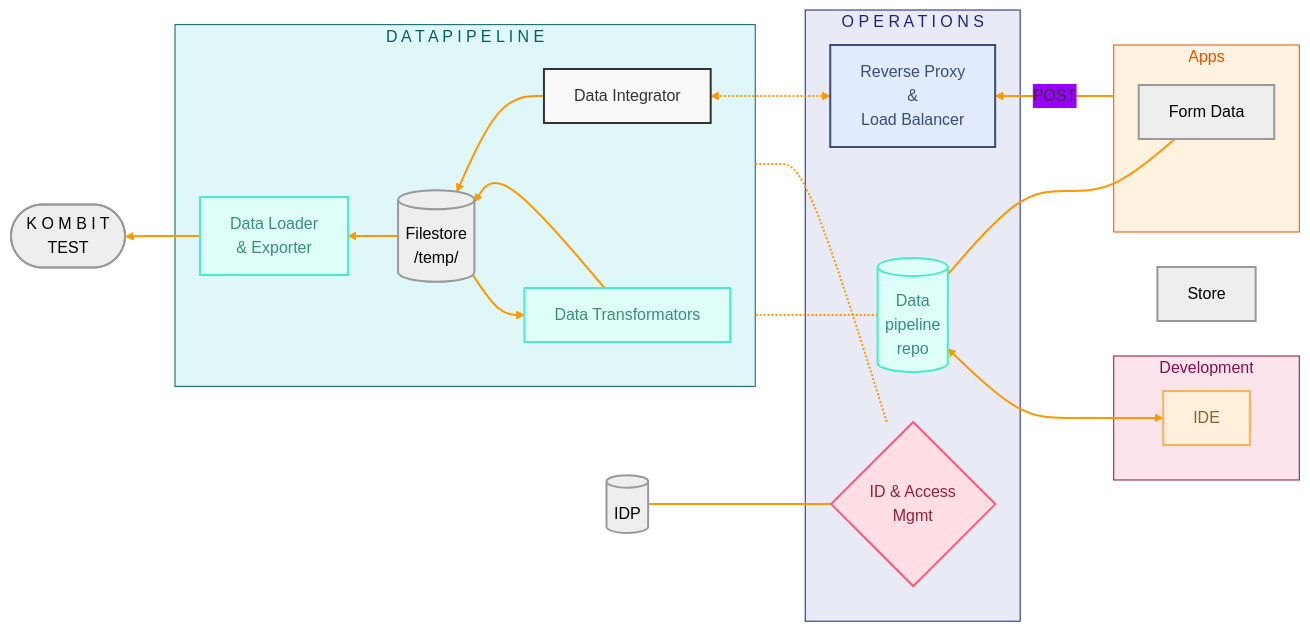
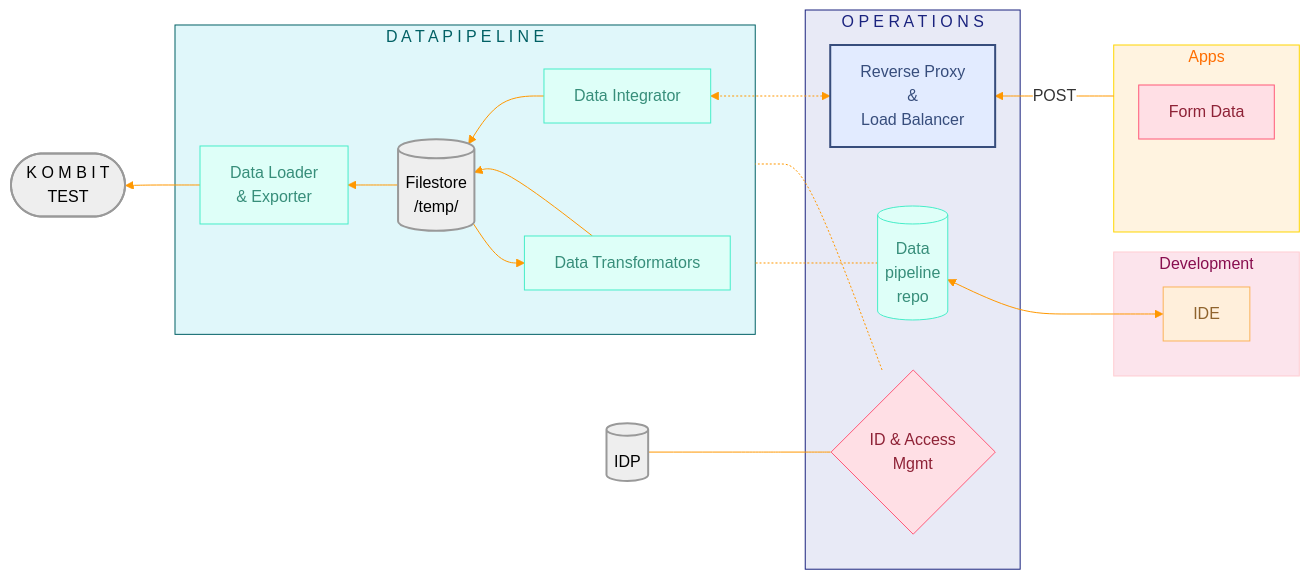
Before and after one commit to OS2sandbox/connector: the first of 2 diagrams in docs/PoC_architecture.md, drawn with Mermaid.

Commit message:
fix(mermaid): Resolve theme rendering and color contrast issues

````diff
--- a/docs/PoC_architecture.md
+++ b/docs/PoC_architecture.md
@@ -11,55 +11,62 @@
 ```mermaid
-%%{init: {'theme': 'base', 'themeVariables': { 'primaryColor': '#FF9800', 'lineColor': '#FF9800' }}}%%
+---
+config:
+  theme: base
+  themeVariables:
+    primaryColor: '#FFFFFF'
+    lineColor: '#FF9800'
+---
 flowchart RL
-    linkStyle default stroke:#FF9800,stroke-width:2px,fill:none;
-
-    subgraph Datapipeline["D A T A  P I P E L I N E"]
+ subgraph Datapipeline["D A T A  P I P E L I N E"]
         n12["Data Transformators"]
         n10["Data Integrator"]
         DL["Data Loader <br>&amp; Exporter"]
         ST[("Filestore<br>/temp/")]
-    end
-    subgraph Services["O P E R A T I O N S"]
+  end
+ subgraph Services["O P E R A T I O N S"]
         n15["Reverse Proxy <br>&amp;<br> Load Balancer"]
         opsconf[("Data<br>pipeline<br>repo")]
         id{"ID &amp; Access<br>Mgmt"}
-    end
-    subgraph Apps["Apps"]
+  end
+ subgraph Apps["Apps"]
         s3["Form Data"]
-    end
-    subgraph Development["Development"]
+  end
+ subgraph Development["Development"]
         ide["IDE"]
-    end
+  end
     s3 ~~~ opsconf
     n15 <-.-> n10
     n10 --> ST
     ST --> n12 & DL
     n12 --> ST
     ide <--> opsconf
     id -.- Datapipeline
     opsconf -.- Datapipeline
     id --- IDP[("IDP")]
     DL --> n16(["K O M B I T <br> TEST"])
     Apps -- POST --> n15
-    Store["Store"]
+     n12:::Aqua
+     n10:::Sky,Aqua
+     n10:::Aqua
+     DL:::Aqua
+     ST:::Ash
+     n15:::Sky
+     opsconf:::Aqua
+     id:::Rose
+     s3:::Ash
+     s3:::Rose
+     ide:::Peach
+     IDP:::Ash
+     n16:::Ash
+    classDef default fill:#f9f9f9,stroke:#333,stroke-width:2px
+    classDef Sky fill:#E2EBFF,stroke:#374D7C,color:#374D7C,stroke-width:2px
+    classDef Ash fill:#EEEEEE,stroke:#999999,color:#000000,stroke-width:2px
+    classDef Aqua stroke-width:1px, stroke-dasharray:none, stroke:#46EDC8, fill:#DEFFF8, color:#378E7A
+    classDef Peach stroke-width:1px, stroke-dasharray:none, stroke:#FBB35A, fill:#FFEFDB, color:#8F632D
+    classDef Rose stroke-width:1px, stroke-dasharray:none, stroke:#FF5978, fill:#FFDFE5, color:#8E2236
+    style Datapipeline fill:#e0f7fa,stroke:#006064,color:#006064
+    style Apps fill:#fff3e0,stroke:#FFD600,color:#FF6D00
+    style Services fill:#e8eaf6,stroke:#1a237e,color:#1a237e
+    style Development fill:#fce4ec,stroke:#FFCDD2,color:#880e4f
 
-    classDef default fill:#f9f9f9,stroke:#333,stroke-width:2px;
-    classDef Peach fill:#FFEFDB,stroke:#FBB35A,color:#8F632D,stroke-width:2px;
-    classDef Rose fill:#FFDFE5,stroke:#FF5978,color:#8E2236,stroke-width:2px;
-    classDef Sky fill:#E2EBFF,stroke:#374D7C,color:#374D7C,stroke-width:2px;
-    classDef Aqua fill:#DEFFF8,stroke:#46EDC8,color:#378E7A,stroke-width:2px;
-    classDef Ash fill:#EEEEEE,stroke:#999999,color:#000000,stroke-width:2px;
-
-    class n12,DL Aqua;
-    class n10 Sky,Aqua;
-    class ST,s3,n16,Store,IDP Ash;
-    class n15 Sky;
-    class opsconf Aqua;
-    class id Rose;
-    class ide Peach;
-
-    style Datapipeline fill:#e0f7fa,stroke:#006064,color:#006064;
-    style Apps fill:#fff3e0,stroke:#e65100,color:#e65100;
-    style Services fill:#e8eaf6,stroke:#1a237e,color:#1a237e;
-    style Development fill:#fce4ec,stroke:#880e4f,color:#880e4f;
 ```
````
